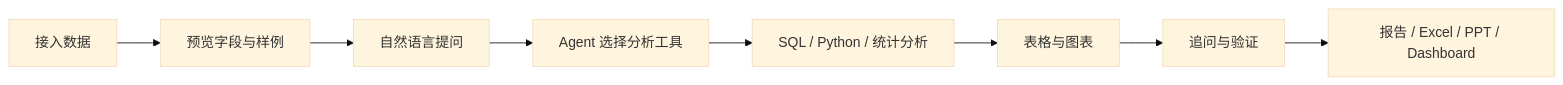
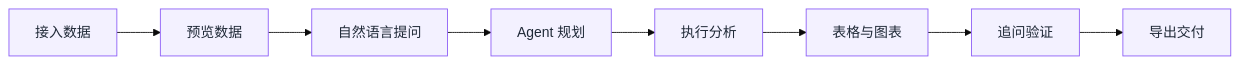
The first of 2 diagrams in README.md (qrwuu/data-analysis-agent), drawn with Mermaid (base theme) before and after one commit. The commit also changed other lines of this file and 2 other files, not shown here.

Commit message:
docs: simplify Mermaid diagrams

````diff
--- a/README.md
+++ b/README.md
@@ -47,10 +47,13 @@
 ```mermaid
 flowchart LR
-    A[接入数据] --> B[预览字段与样例]
+    A[接入数据] --> B[预览数据]
     B --> C[自然语言提问]
-    C --> D[Agent 选择分析工具]
-    D --> E[SQL / Python / 统计分析]
+    C --> D[Agent 规划]
+    D --> E[执行分析]
     E --> F[表格与图表]
-    F --> G[追问与验证]
-    G --> H[报告 / Excel / PPT / Dashboard]
+    F --> G[追问验证]
+    G --> H[导出交付]
+
+    classDef step fill:#F3F1FF,stroke:#8B5CF6,color:#1F2937,stroke-width:1px
+    class A,B,C,D,E,F,G,H step
 ```
````
